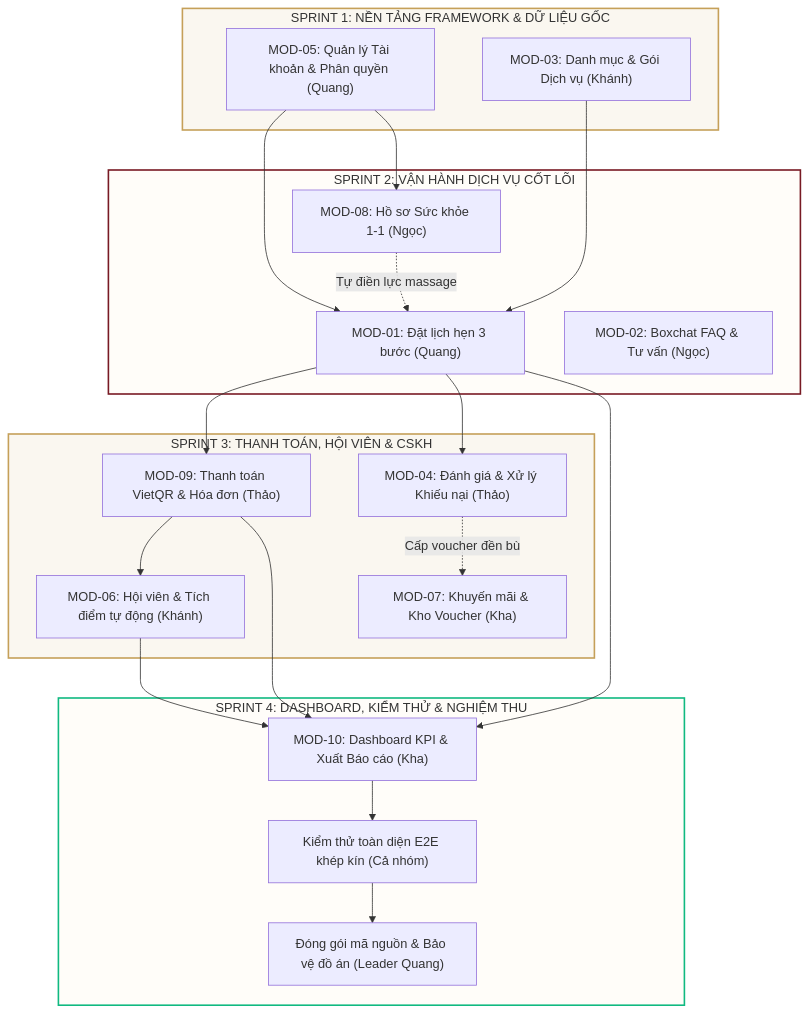
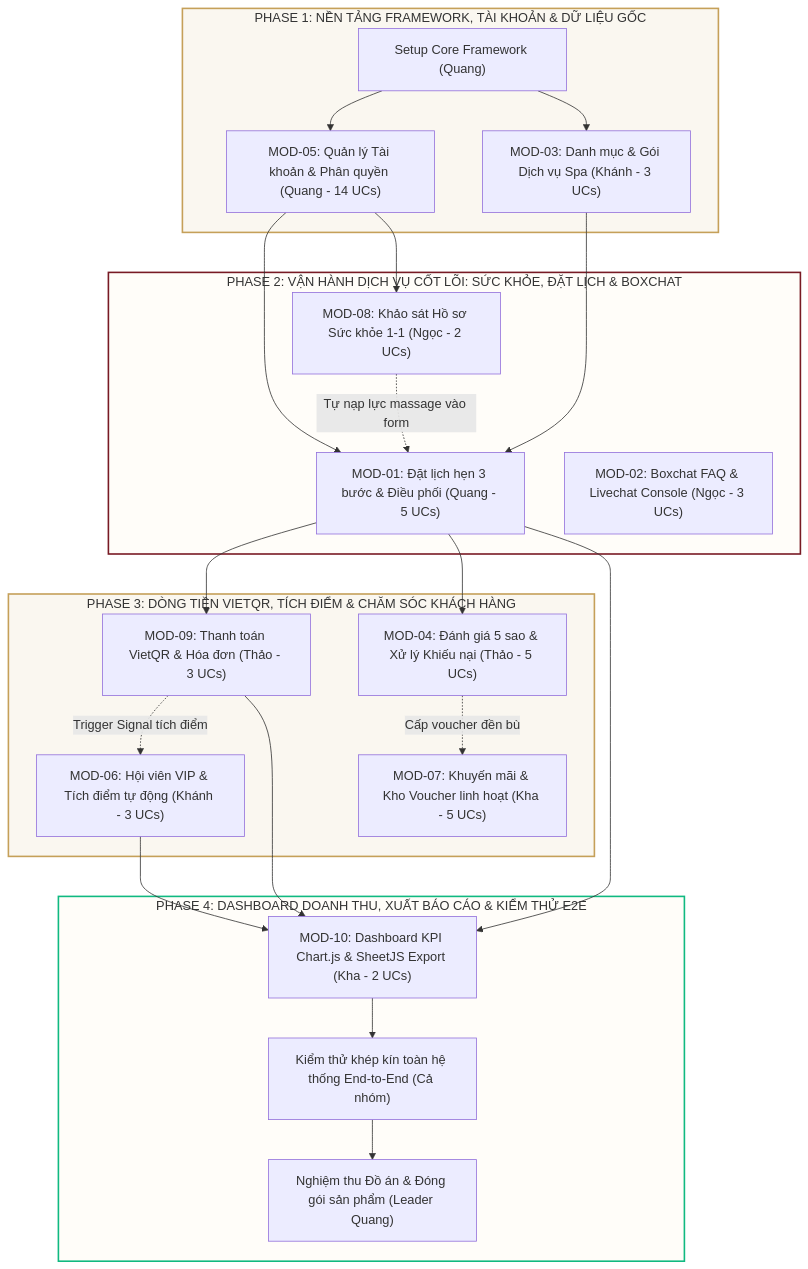
One commit to nhatquanggle-maker/chamspacrm changed the diagram in README.md. Above: the diagram before and after it, drawn with Mermaid. The commit also changed other lines of this file, not shown here.

Commit message:
docs: Cập nhật README.md với lộ trình chi tiết từng Phase và Gate criteria cho 10 module

````diff
--- a/README.md
+++ b/README.md
@@ -60,44 +89,45 @@
 ```mermaid
 flowchart TD
-    subgraph S1["SPRINT 1: NỀN TẢNG FRAMEWORK & DỮ LIỆU GỐC"]
-        M05["MOD-05: Quản lý Tài khoản & Phân quyền (Quang)"]
-        M03["MOD-03: Danh mục & Gói Dịch vụ (Khánh)"]
+    subgraph P1["PHASE 1: NỀN TẢNG FRAMEWORK, TÀI KHOẢN & DỮ LIỆU GỐC"]
+        CORE["Setup Core Framework (Quang)"]
+        M05["MOD-05: Quản lý Tài khoản & Phân quyền (Quang - 14 UCs)"]
+        M03["MOD-03: Danh mục & Gói Dịch vụ Spa (Khánh - 3 UCs)"]
     end
 
-    subgraph S2["SPRINT 2: VẬN HÀNH DỊCH VỤ CỐT LÕI"]
-        M08["MOD-08: Hồ sơ Sức khỏe 1-1 (Ngọc)"]
-        M01["MOD-01: Đặt lịch hẹn 3 bước (Quang)"]
-        M02["MOD-02: Boxchat FAQ & Tư vấn (Ngọc)"]
+    subgraph P2["PHASE 2: VẬN HÀNH DỊCH VỤ CỐT LÕI: SỨC KHỎE, ĐẶT LỊCH & BOXCHAT"]
+        M08["MOD-08: Khảo sát Hồ sơ Sức khỏe 1-1 (Ngọc - 2 UCs)"]
+        M01["MOD-01: Đặt lịch hẹn 3 bước & Điều phối (Quang - 5 UCs)"]
+        M02["MOD-02: Boxchat FAQ & Livechat Console (Ngọc - 3 UCs)"]
     end
 
-    subgraph S3["SPRINT 3: THANH TOÁN, HỘI VIÊN & CSKH"]
-        M09["MOD-09: Thanh toán VietQR & Hóa đơn (Thảo)"]
-        M04["MOD-04: Đánh giá & Xử lý Khiếu nại (Thảo)"]
-        M06["MOD-06: Hội viên & Tích điểm tự động (Khánh)"]
-        M07["MOD-07: Khuyến mãi & Kho Voucher (Kha)"]
+    subgraph P3["PHASE 3: DÒNG TIỀN VIETQR, TÍCH ĐIỂM & CHĂM SÓC KHÁCH HÀNG"]
+        M09["MOD-09: Thanh toán VietQR & Hóa đơn (Thảo - 3 UCs)"]
+        M06["MOD-06: Hội viên VIP & Tích điểm tự động (Khánh - 3 UCs)"]
+        M04["MOD-04: Đánh giá 5 sao & Xử lý Khiếu nại (Thảo - 5 UCs)"]
+        M07["MOD-07: Khuyến mãi & Kho Voucher linh hoạt (Kha - 5 UCs)"]
     end
 
-    subgraph S4["SPRINT 4: DASHBOARD, KIỂM THỬ & NGHIỆM THU"]
-        M10["MOD-10: Dashboard KPI & Xuất Báo cáo (Kha)"]
-        E2E["Kiểm thử toàn diện E2E khép kín (Cả nhóm)"]
-        PROD["Đóng gói mã nguồn & Bảo vệ đồ án (Leader Quang)"]
+    subgraph P4["PHASE 4: DASHBOARD DOANH THU, XUẤT BÁO CÁO & KIỂM THỬ E2E"]
+        M10["MOD-10: Dashboard KPI Chart.js & SheetJS Export (Kha - 2 UCs)"]
+        E2E["Kiểm thử khép kín toàn hệ thống End-to-End (Cả nhóm)"]
+        ACCEPT["Nghiệm thu Đồ án & Đóng gói sản phẩm (Leader Quang)"]
     end
 
-    M05 --> M01
-    M03 --> M01
+    CORE --> M05 --> M01
+    CORE --> M03 --> M01
     M05 --> M08
-    M08 -. Tự điền lực massage .-> M01
+    M08 -. Tự nạp lực massage vào form .-> M01
     M01 --> M09
     M01 --> M04
-    M09 --> M06
+    M09 -. Trigger Signal tích điểm .-> M06
     M04 -. Cấp voucher đền bù .-> M07
     M09 --> M10
     M01 --> M10
     M06 --> M10
-    M10 --> E2E --> PROD
+    M10 --> E2E --> ACCEPT
 
-    style S1 fill:#FAF7F0,stroke:#C5A059,stroke-width:2px
-    style S2 fill:#FFFDF9,stroke:#781A24,stroke-width:2px
-    style S3 fill:#FAF7F0,stroke:#C5A059,stroke-width:2px
-    style S4 fill:#FFFDF9,stroke:#10B981,stroke-width:2px
+    style P1 fill:#FAF7F0,stroke:#C5A059,stroke-width:2px
+    style P2 fill:#FFFDF9,stroke:#781A24,stroke-width:2px
+    style P3 fill:#FAF7F0,stroke:#C5A059,stroke-width:2px
+    style P4 fill:#FFFDF9,stroke:#10B981,stroke-width:2px
 ```
````
